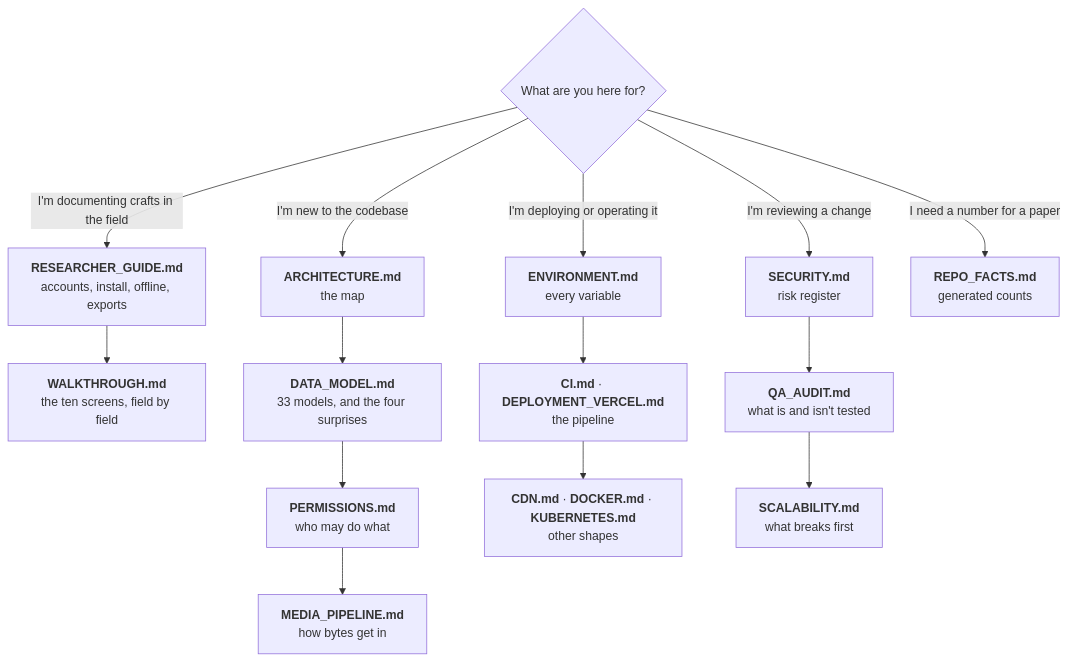
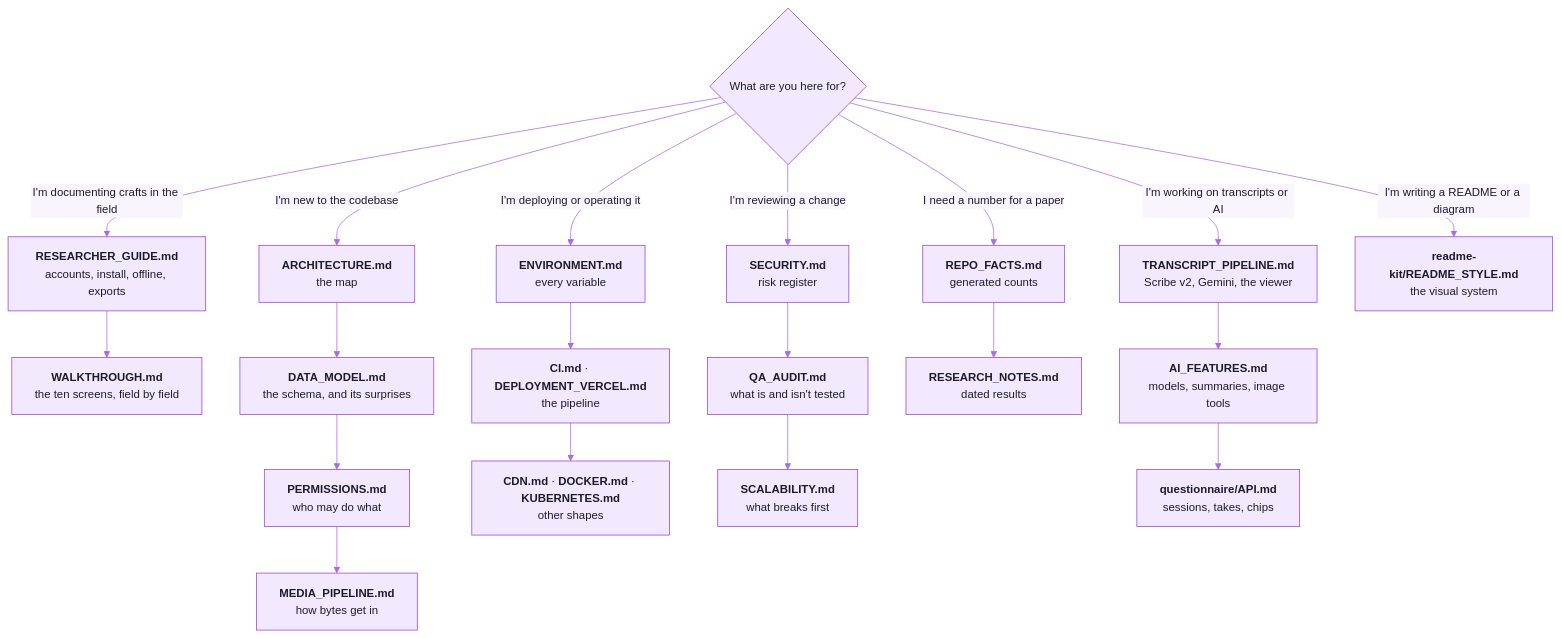
One commit to cxacraftecosystem-ui/documentation-portal changed the diagram in docs/README.md. Above: the diagram before and after it, drawn with Mermaid. The commit also changed other lines of this file and 106 other files, not shown here.

First line of the commit message:
README showcase: the front page rebuilt on the README kit (copied from designer-portal) with Field Repository content, the readme-check workflow, every docs diagram themed, and the docs brought to 0.0.10

````diff
--- a/docs/README.md
+++ b/docs/README.md
@@ -11,24 +11,32 @@
 ```mermaid
+%%{init: {"theme":"base","themeVariables":{"fontFamily":"Inter, ui-sans-serif, system-ui, -apple-system, Segoe UI, Roboto, Helvetica, Arial, sans-serif","fontSize":"15px","primaryColor":"#F2E9FE","primaryTextColor":"#1E1B2E","primaryBorderColor":"#9148D2","secondaryColor":"#FAEECD","secondaryTextColor":"#1E1B2E","secondaryBorderColor":"#CD9200","tertiaryColor":"#F3F1FA","tertiaryTextColor":"#1E1B2E","tertiaryBorderColor":"#A7A3BC","mainBkg":"#F2E9FE","nodeBorder":"#9148D2","nodeTextColor":"#1E1B2E","lineColor":"#AA69E9","textColor":"#857F9E","edgeLabelBackground":"#F9F5FF","clusterBkg":"#F9F5FF","clusterBorder":"#D6B6FB","titleColor":"#762CB1","noteBkgColor":"#FAEECD","noteTextColor":"#1E1B2E","noteBorderColor":"#CD9200","actorBkg":"#F2E9FE","actorBorder":"#9148D2","actorTextColor":"#1E1B2E","actorLineColor":"#AA69E9","signalColor":"#AA69E9","signalTextColor":"#857F9E","labelBoxBkgColor":"#F2E9FE","labelBoxBorderColor":"#9148D2","labelTextColor":"#1E1B2E","loopTextColor":"#857F9E","activationBkgColor":"#E7D5FE","activationBorderColor":"#9148D2","sequenceNumberColor":"#FFFFFF","transitionColor":"#AA69E9","transitionLabelColor":"#857F9E","stateLabelColor":"#1E1B2E","stateBkg":"#F2E9FE","compositeBackground":"#F9F5FF","compositeTitleBackground":"#F2E9FE","attributeBackgroundColorOdd":"#FFFFFF","attributeBackgroundColorEven":"#F9F5FF","relationColor":"#AA69E9","relationLabelBackground":"#F9F5FF","relationLabelColor":"#1E1B2E"}}}%%
 flowchart TD
   Q{What are you here for?}
 
   Q -->|"I'm documenting crafts in the field"| R1
   Q -->|"I'm new to the codebase"| D1
   Q -->|"I'm deploying or operating it"| O1
   Q -->|"I'm reviewing a change"| C1
   Q -->|"I need a number for a paper"| F1
+  Q -->|"I'm working on transcripts or AI"| T1
+  Q -->|"I'm writing a README or a diagram"| K1
 
   R1["<b>RESEARCHER_GUIDE.md</b><br/>accounts, install, offline, exports"] --> R2["<b>WALKTHROUGH.md</b><br/>the ten screens, field by field"]
 
-  D1["<b>ARCHITECTURE.md</b><br/>the map"] --> D2["<b>DATA_MODEL.md</b><br/>33 models, and the four surprises"]
+  D1["<b>ARCHITECTURE.md</b><br/>the map"] --> D2["<b>DATA_MODEL.md</b><br/>the schema, and its surprises"]
   D2 --> D3["<b>PERMISSIONS.md</b><br/>who may do what"]
   D3 --> D4["<b>MEDIA_PIPELINE.md</b><br/>how bytes get in"]
 
   O1["<b>ENVIRONMENT.md</b><br/>every variable"] --> O2["<b>CI.md</b> · <b>DEPLOYMENT_VERCEL.md</b><br/>the pipeline"]
   O2 --> O3["<b>CDN.md</b> · <b>DOCKER.md</b> · <b>KUBERNETES.md</b><br/>other shapes"]
 
   C1["<b>SECURITY.md</b><br/>risk register"] --> C2["<b>QA_AUDIT.md</b><br/>what is and isn't tested"]
   C2 --> C3["<b>SCALABILITY.md</b><br/>what breaks first"]
 
-  F1["<b>REPO_FACTS.md</b><br/>generated counts"]
+  F1["<b>REPO_FACTS.md</b><br/>generated counts"] --> F2["<b>RESEARCH_NOTES.md</b><br/>dated results"]
+
+  T1["<b>TRANSCRIPT_PIPELINE.md</b><br/>Scribe v2, Gemini, the viewer"] --> T2["<b>AI_FEATURES.md</b><br/>models, summaries, image tools"]
+  T2 --> T3["<b>questionnaire/API.md</b><br/>sessions, takes, chips"]
+
+  K1["<b>readme-kit/README_STYLE.md</b><br/>the visual system"]
 ```
````
